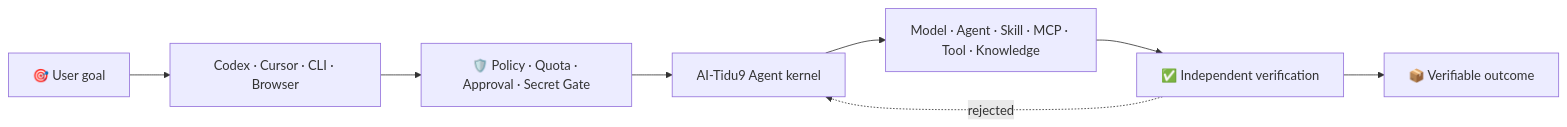
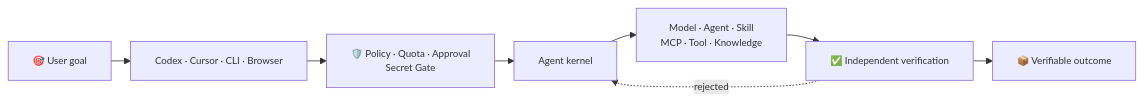
Before and after one commit to skillnull/AI-Tidu9: the diagram in docs/README.EN.md, drawn with Mermaid. The commit also changed other lines of this file and 1 other file, not shown here.

````diff
--- a/docs/README.EN.md
+++ b/docs/README.EN.md
@@ -64,10 +66,11 @@
 ```mermaid
+%%{init: {"flowchart": {"nodeSpacing": 24, "rankSpacing": 24, "diagramPadding": 4}, "themeVariables": {"fontSize": "12px"}}}%%
 flowchart LR
   Goal["🎯 User goal"] --> Entry["Codex · Cursor · CLI · Browser"]
-  Entry --> Gate["🛡️ Policy · Quota · Approval · Secret Gate"]
-  Gate --> Kernel["AI-Tidu9 Agent kernel"]
-  Kernel --> Pool["Model · Agent · Skill · MCP · Tool · Knowledge"]
+  Entry --> Gate["🛡️ Policy · Quota · Approval<br/>Secret Gate"]
+  Gate --> Kernel["Agent kernel"]
+  Kernel --> Pool["Model · Agent · Skill<br/>MCP · Tool · Knowledge"]
   Pool --> Verify["✅ Independent verification"]
   Verify --> Result["📦 Verifiable outcome"]
   Verify -. rejected .-> Kernel
 ```
````
